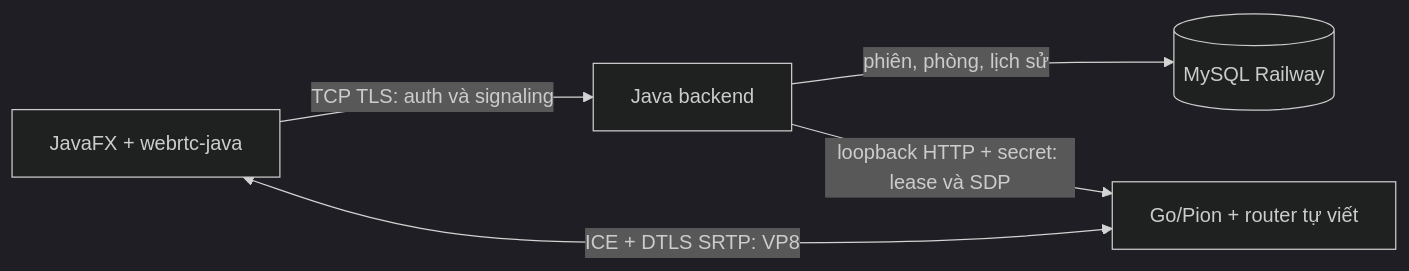
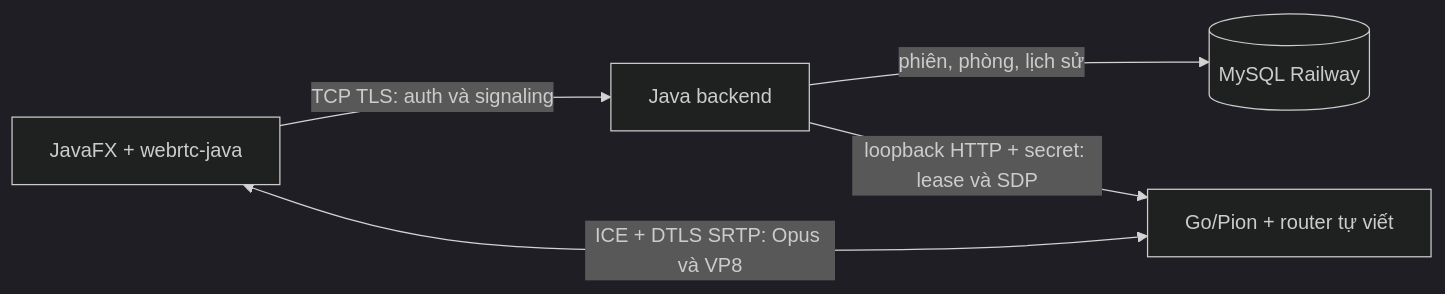
Before and after one commit to Miio97/MiniMeetingRoom: the first of 2 diagrams in docs/sfu-architecture.md, drawn with Mermaid (dark theme). The commit also changed other lines of this file and 60 other files, not shown here.

````diff
--- a/docs/sfu-architecture.md
+++ b/docs/sfu-architecture.md
@@ -13,7 +13,7 @@
 ```mermaid
 flowchart LR
     C[JavaFX + webrtc-java] -->|TCP TLS: auth và signaling| S[Java backend]
     S -->|phiên, phòng, lịch sử| DB[(MySQL Railway)]
     S -->|loopback HTTP + secret: lease và SDP| G[Go/Pion + router tự viết]
-    C <-->|ICE + DTLS SRTP: VP8| G
+    C <-->|ICE + DTLS SRTP: Opus và VP8| G
 ```
````
